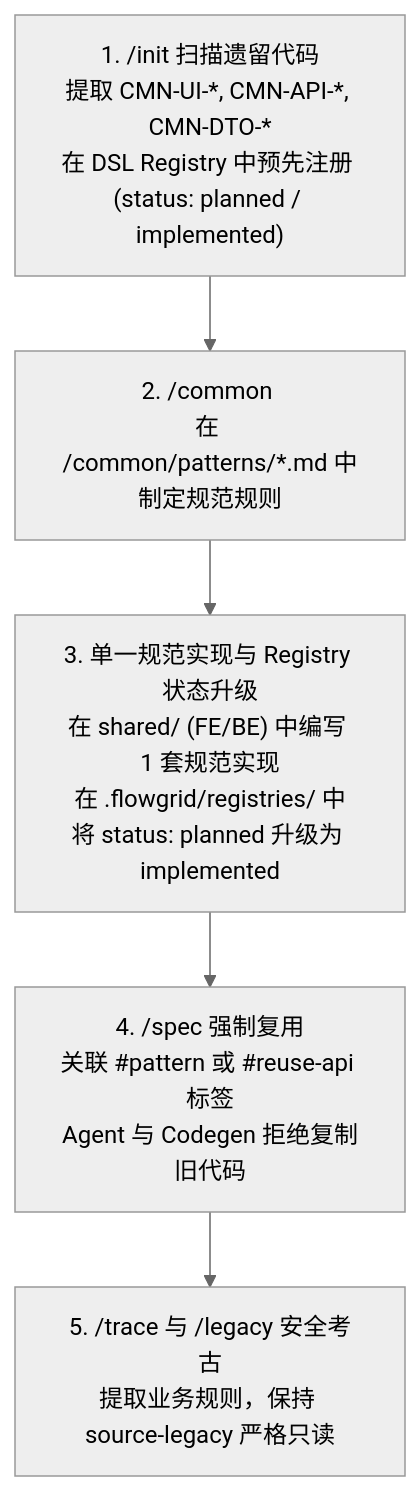
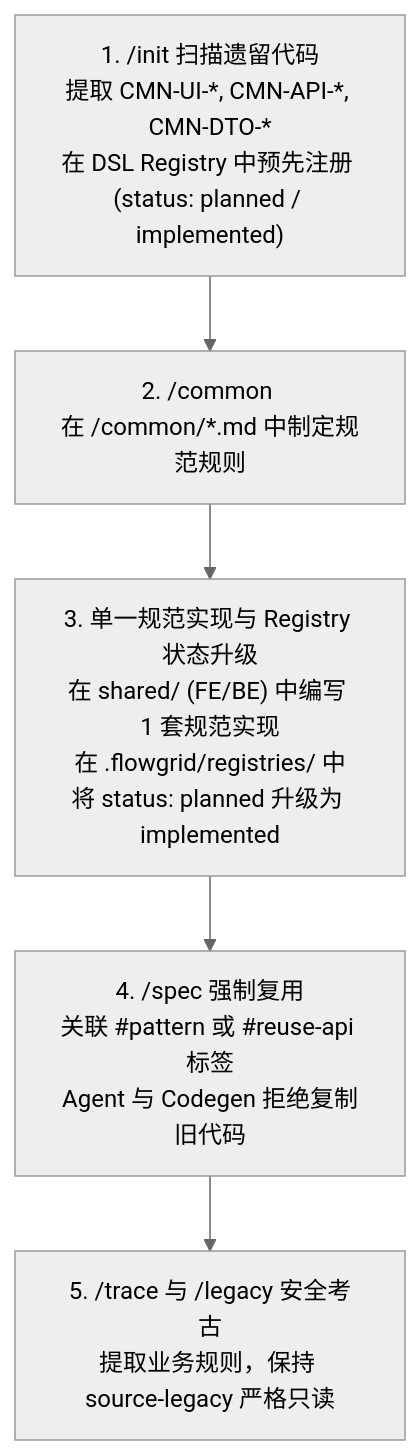
Before and after one commit to ShanYuCoder/flowgrid-docs: the second of 3 diagrams in zh/workflows/phase-0-setup.md, drawn with Mermaid (neutral theme). The commit also changed other lines of this file and 56 other files, not shown here.

Commit message:
feat(docs): update 1-tier flat feature structure, flat common patterns, and module user-flows

````diff
--- a/zh/workflows/phase-0-setup.md
+++ b/zh/workflows/phase-0-setup.md
@@ -78,7 +78,7 @@
 ```mermaid
 flowchart TD
-  INIT["1. /init 扫描遗留代码<br/>提取 CMN-UI-*, CMN-API-*, CMN-DTO-*<br/>在 DSL Registry 中预先注册 (status: planned / implemented)"] --> COMMON["2. /common <CMN-ID><br/>在 <LCA>/common/patterns/*.md 中制定规范规则"]
+  INIT["1. /init 扫描遗留代码<br/>提取 CMN-UI-*, CMN-API-*, CMN-DTO-*<br/>在 DSL Registry 中预先注册 (status: planned / implemented)"] --> COMMON["2. /common <CMN-ID><br/>在 <LCA>/common/*.md 中制定规范规则"]
   COMMON --> IMPL["3. 单一规范实现与 Registry 状态升级<br/>在 shared/ (FE/BE) 中编写 1 套规范实现<br/>在 .flowgrid/registries/ 中将 status: planned 升级为 implemented"]
   IMPL --> SPEC["4. /spec 强制复用<br/>关联 #pattern 或 #reuse-api 标签<br/>Agent 与 Codegen 拒绝复制旧代码"]
   SPEC --> SAFETRACE["5. /trace 与 /legacy 安全考古<br/>提取业务规则，保持 source-legacy 严格只读"]
 ```
````
